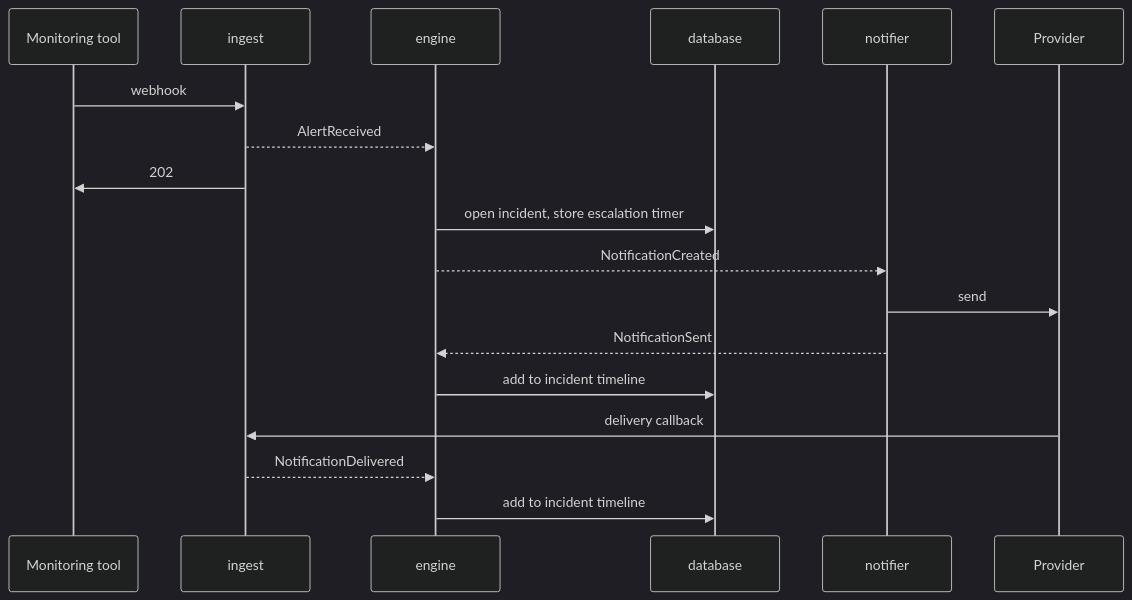
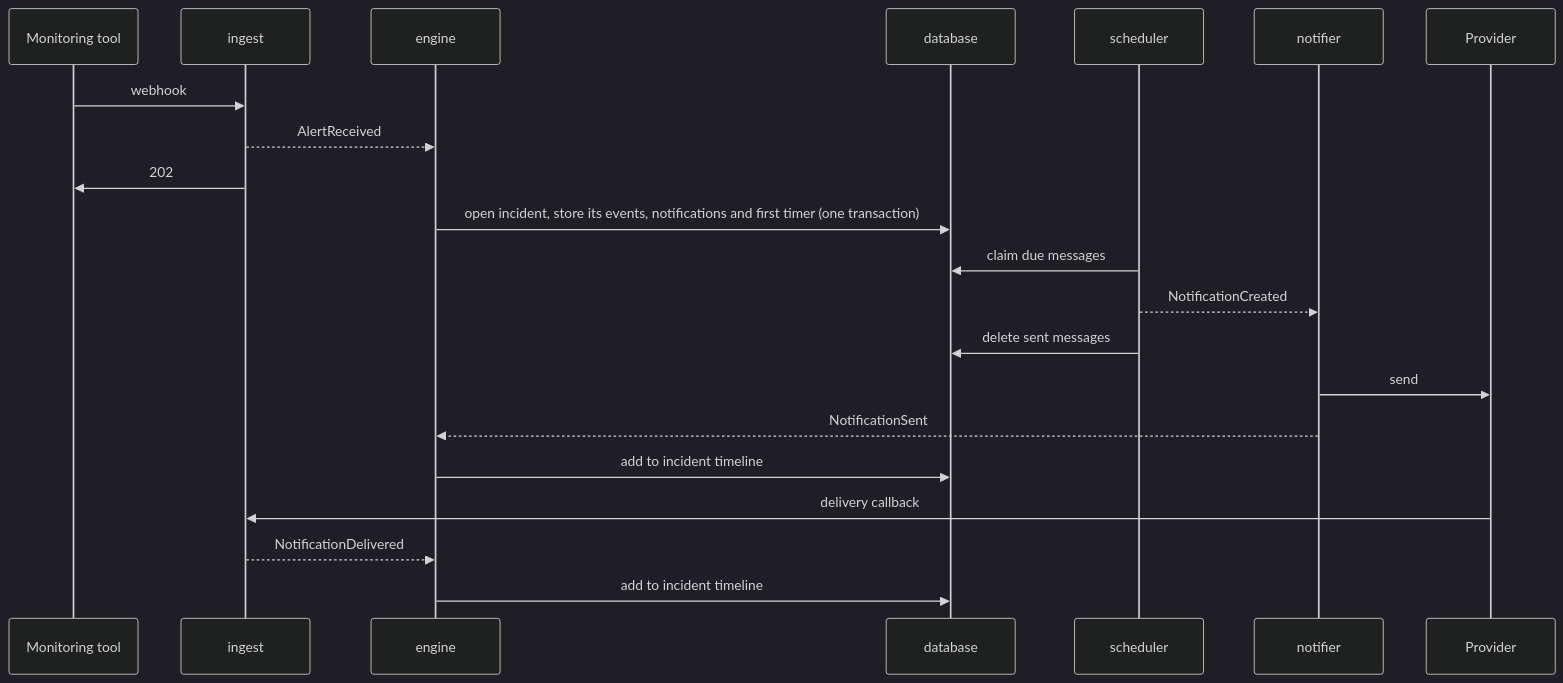
Before and after one commit to murphyhq/server: the second of 5 diagrams in docs/architecture.md, drawn with Mermaid (dark theme). The commit also changed other lines of this file and 1 other file, not shown here.

First line of the commit message:
feat(incidents): escalate incidents, acknowledge and resolve them, publish through scheduled messages (#40)

````diff
--- a/docs/architecture.md
+++ b/docs/architecture.md
@@ -112,20 +112,23 @@
 ```mermaid
 sequenceDiagram
   participant M as Monitoring tool
   participant I as ingest
   participant E as engine
   participant D as database
+  participant S as scheduler
   participant N as notifier
   participant P as Provider
   M->>I: webhook
   I-->>E: AlertReceived
   I->>M: 202
-  E->>D: open incident, store escalation timer
-  E-->>N: NotificationCreated
+  E->>D: open incident, store its events, notifications and first timer (one transaction)
+  S->>D: claim due messages
+  S-->>N: NotificationCreated
+  S->>D: delete sent messages
   N->>P: send
   N-->>E: NotificationSent
   E->>D: add to incident timeline
   P->>I: delivery callback
   I-->>E: NotificationDelivered
   E->>D: add to incident timeline
 ```
````
